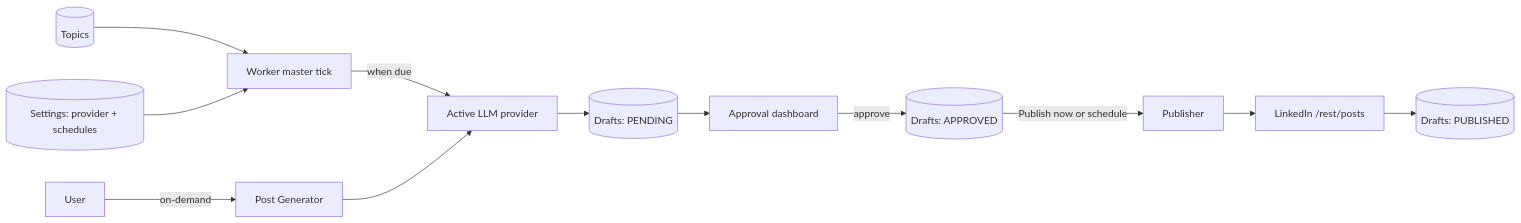
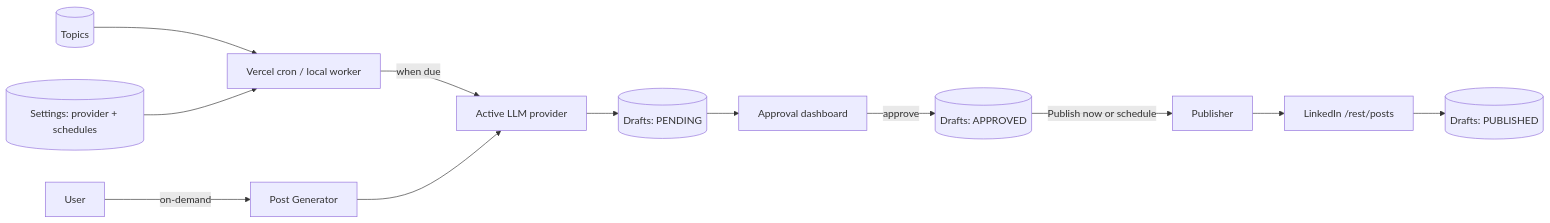
Before and after one commit to FirmSoft-ai/FirmBroadcast: the diagram in README.md, drawn with Mermaid. The commit also changed other lines of this file and 27 other files, not shown here.

````diff
--- a/README.md
+++ b/README.md
@@ -26,15 +27,15 @@
 ```mermaid
 flowchart LR
   settings[(Settings: provider + schedules)]
-  topics[(Topics)] --> worker[Worker master tick]
+  topics[(Topics)] --> cron[Vercel cron / local worker]
   user[User] -->|on-demand| generator[Post Generator]
-  settings --> worker
-  worker -->|when due| llm[Active LLM provider]
+  settings --> cron
+  cron -->|when due| llm[Active LLM provider]
   generator --> llm
   llm --> pending[(Drafts: PENDING)]
   pending --> dashboard[Approval dashboard]
   dashboard -->|approve| approved[(Drafts: APPROVED)]
   approved -->|Publish now or schedule| publisher[Publisher]
   publisher --> linkedin[LinkedIn /rest/posts]
   linkedin --> published[(Drafts: PUBLISHED)]
 ```
````
